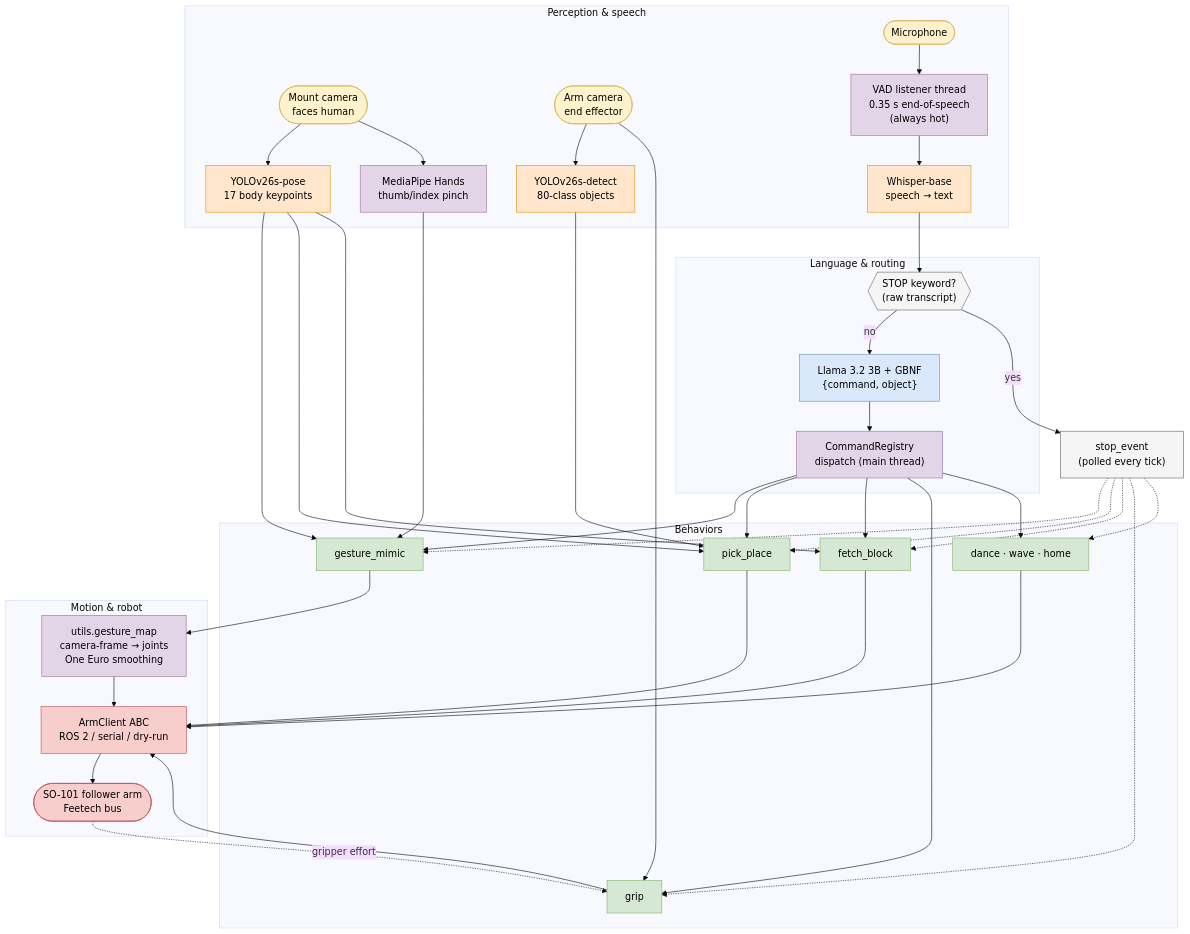
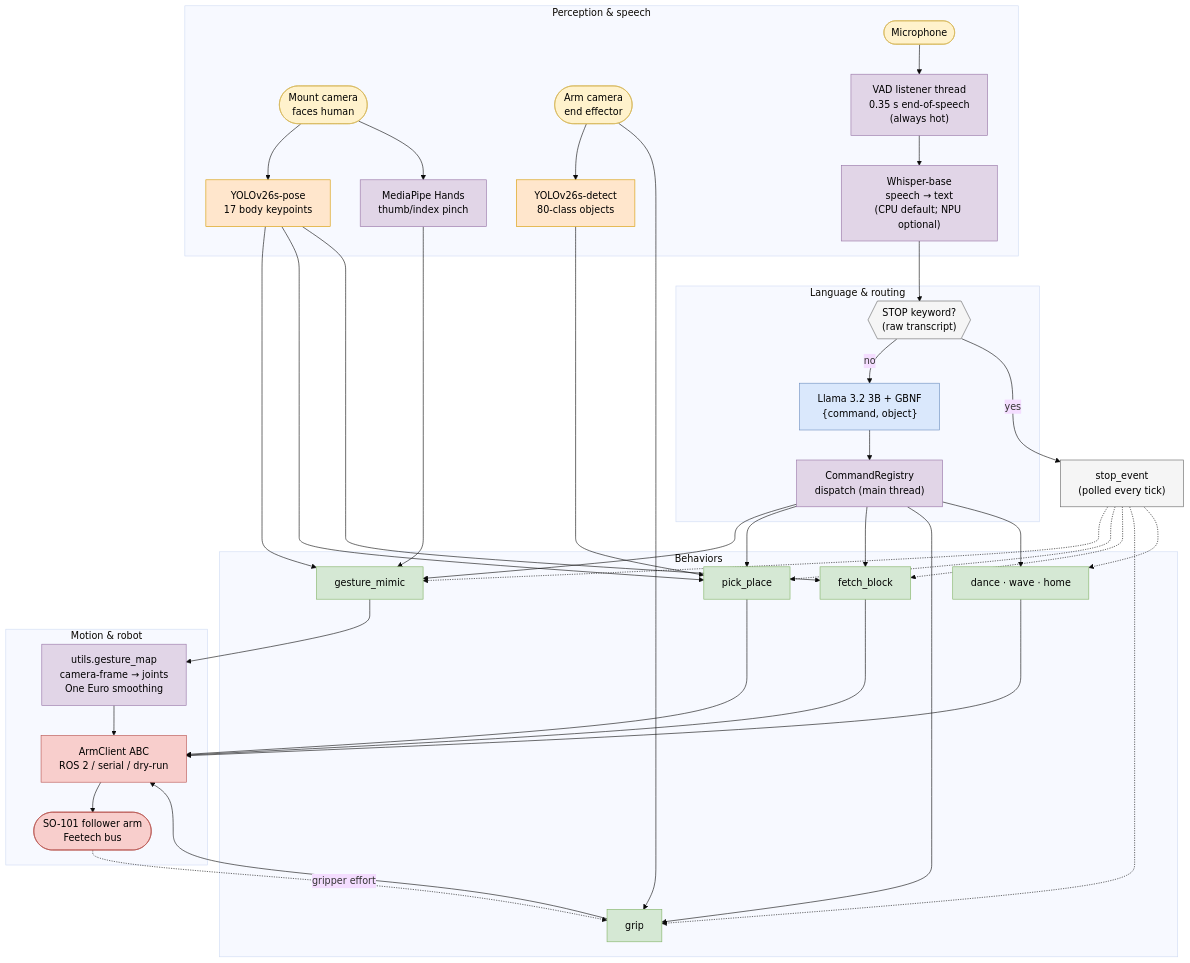
One commit to ThomasGmeinder/embedded-x86-ai changed the first of 3 diagrams in workshops/vvla-pipeline/README.md. Above: the diagram before and after it, drawn with Mermaid (base theme). The commit also changed other lines of this file and 2 other files, not shown here.

````diff
--- a/workshops/vvla-pipeline/README.md
+++ b/workshops/vvla-pipeline/README.md
@@ -12,71 +12,71 @@
 ```mermaid
 flowchart TB
     subgraph SENSE["Perception &amp; speech"]
         MIC([Microphone]):::io
         MOUNTCAM([Mount camera<br/>faces human]):::io
         ARMCAM([Arm camera<br/>end effector]):::io
 
         VAD["VAD listener thread<br/>0.35 s end-of-speech<br/>(always hot)"]:::cpu
-        WHISPER["Whisper-base<br/>speech → text"]:::npu
+        WHISPER["Whisper-base<br/>speech → text<br/>(CPU default; NPU optional)"]:::cpu
         POSE["YOLOv26s-pose<br/>17 body keypoints"]:::npu
         DETECT["YOLOv26s-detect<br/>80-class objects"]:::npu
         HANDS["MediaPipe Hands<br/>thumb/index pinch"]:::cpu
     end
 
     subgraph THINK["Language &amp; routing"]
         STOPCHK{{"STOP keyword?<br/>(raw transcript)"}}:::gate
         LLAMA["Llama 3.2 3B + GBNF<br/>{command, object}"]:::gpu
         REG["CommandRegistry<br/>dispatch (main thread)"]:::cpu
     end
 
     subgraph ACT["Behaviors"]
         MIMIC["gesture_mimic"]:::beh
         PICK["pick_place"]:::beh
         FETCH["fetch_block"]:::beh
         GRIP["grip"]:::beh
         OTHER["dance · wave · home"]:::beh
     end
 
     subgraph MOVE["Motion &amp; robot"]
         RETARGET["utils.gesture_map<br/>camera-frame → joints<br/>One Euro smoothing"]:::cpu
         ARMCLIENT["ArmClient ABC<br/>ROS 2 / serial / dry-run"]:::robot
         ARM([SO-101 follower arm<br/>Feetech bus]):::robot
     end
 
     STOPEVENT["stop_event<br/>(polled every tick)"]:::gate
 
     MIC --> VAD --> WHISPER --> STOPCHK
     STOPCHK -- "no" --> LLAMA --> REG
     STOPCHK -- "yes" --> STOPEVENT
 
     MOUNTCAM --> POSE
     MOUNTCAM --> HANDS
     ARMCAM --> DETECT
     ARMCAM --> GRIP
 
     REG --> MIMIC & PICK & FETCH & GRIP & OTHER
 
     POSE --> MIMIC
     HANDS --> MIMIC
     DETECT --> PICK
     POSE --> PICK
     POSE --> FETCH
 
     MIMIC --> RETARGET --> ARMCLIENT
     PICK --> ARMCLIENT
     FETCH --> ARMCLIENT
     GRIP --> ARMCLIENT
     OTHER --> ARMCLIENT
     ARMCLIENT --> ARM
     ARM -. "gripper effort" .-> GRIP
 
     STOPEVENT -.-> MIMIC & PICK & FETCH & GRIP & OTHER
 
     classDef npu fill:#ffe6cc,stroke:#d79b00,color:#000;
     classDef gpu fill:#dae8fc,stroke:#6c8ebf,color:#000;
     classDef cpu fill:#e1d5e7,stroke:#9673a6,color:#000;
     classDef beh fill:#d5e8d4,stroke:#82b366,color:#000;
     classDef robot fill:#f8cecc,stroke:#b85450,color:#000;
     classDef io fill:#fff2cc,stroke:#d6b656,color:#000;
     classDef gate fill:#f5f5f5,stroke:#666,color:#000;
 ```
````
